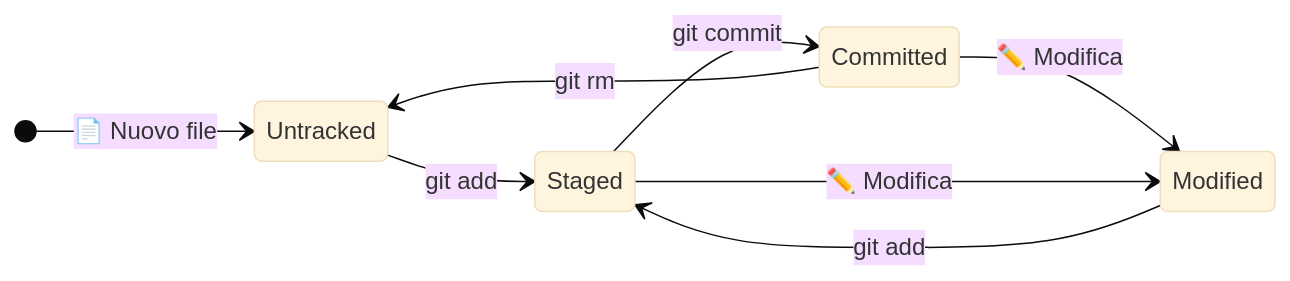
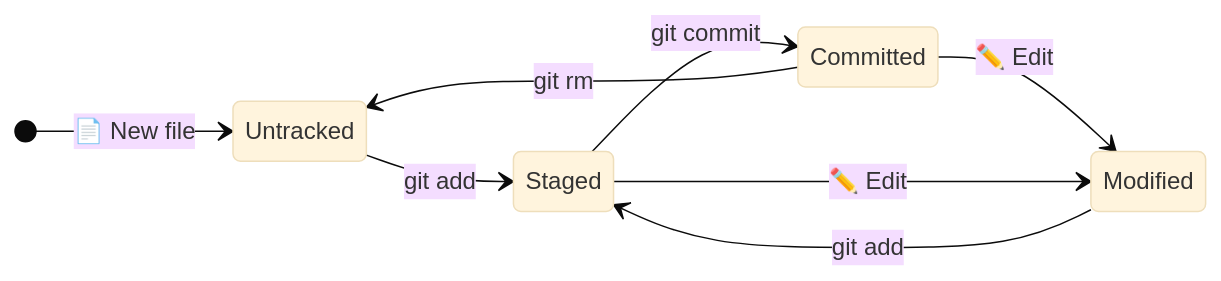
Before and after one commit to DaveFV91/GitCourse: the sixth of 7 diagrams in 01-teoria/01-vcs-git-basics.md, drawn with Mermaid (base theme). The commit also changed other lines of this file and 3 other files, not shown here.

````diff
--- a/01-teoria/01-vcs-git-basics.md
+++ b/01-teoria/01-vcs-git-basics.md
@@ -116,11 +116,11 @@
 ```mermaid
 stateDiagram-v2
     direction LR
-    [*] --> Untracked: 📄 Nuovo file
+    [*] --> Untracked: 📄 New file
     Untracked --> Staged: git add
     Staged --> Committed: git commit
-    Committed --> Modified: ✏️ Modifica
+    Committed --> Modified: ✏️ Edit
     Modified --> Staged: git add
-    Staged --> Modified: ✏️ Modifica
+    Staged --> Modified: ✏️ Edit
     Committed --> Untracked: git rm
 ```
````
